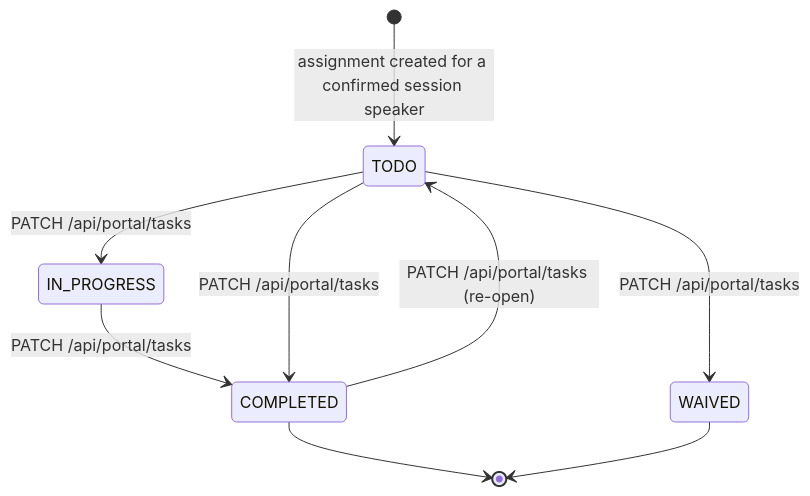
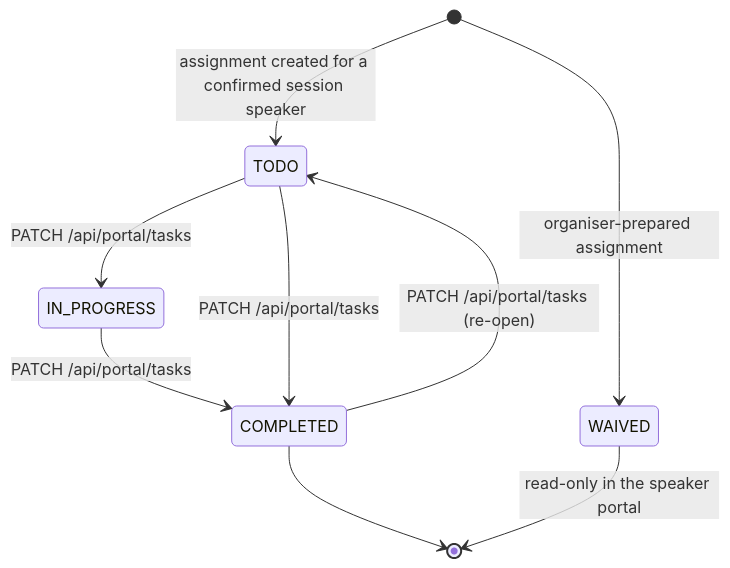
Before and after one commit to Frostbite1536/greenroom: the third of 3 diagrams in docs/LIFECYCLE.md, drawn with Mermaid. The commit also changed other lines of this file and 12 other files, not shown here.

````diff
--- a/docs/LIFECYCLE.md
+++ b/docs/LIFECYCLE.md
@@ -166,11 +175,11 @@
 ```mermaid
 stateDiagram-v2
     [*] --> TODO: assignment created for a confirmed session speaker
     TODO --> IN_PROGRESS: PATCH /api/portal/tasks
     IN_PROGRESS --> COMPLETED: PATCH /api/portal/tasks
     TODO --> COMPLETED: PATCH /api/portal/tasks
     COMPLETED --> TODO: PATCH /api/portal/tasks (re-open)
-    TODO --> WAIVED: PATCH /api/portal/tasks
     COMPLETED --> [*]
-    WAIVED --> [*]
+    [*] --> WAIVED: organiser-prepared assignment
+    WAIVED --> [*]: read-only in the speaker portal
 ```
````
